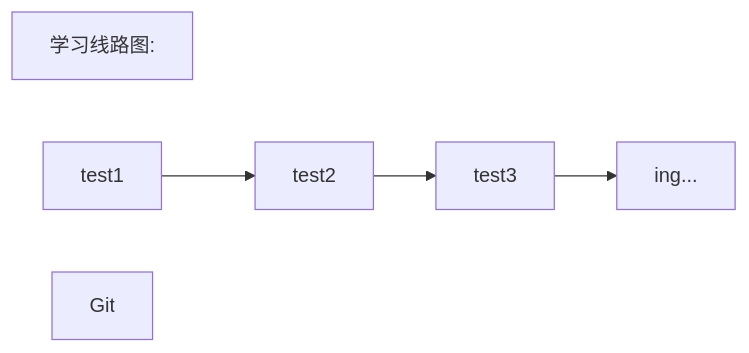
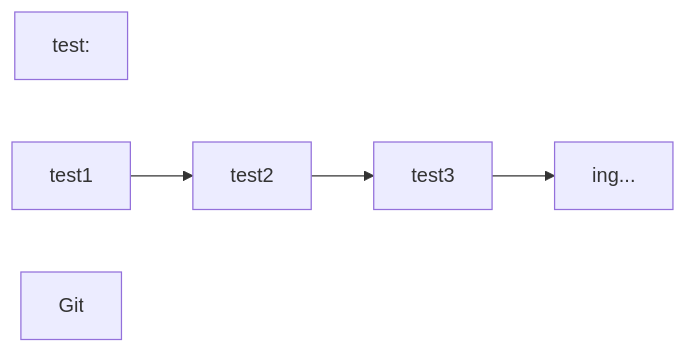
The diagram in README.md (DoraeBear/note), drawn with Mermaid before and after one commit. The commit also changed other lines of this file, not shown here.

Commit message:
修改文件: README.md

````diff
--- a/README.md
+++ b/README.md
@@ -21,6 +21,6 @@
 ```mermaid
 flowchart LR
-F[学习线路图:]
+F[test:]
 A[test1] --> B[test2] --> C[test3] --> D[ing...]
 E[Git]
 ```
````
